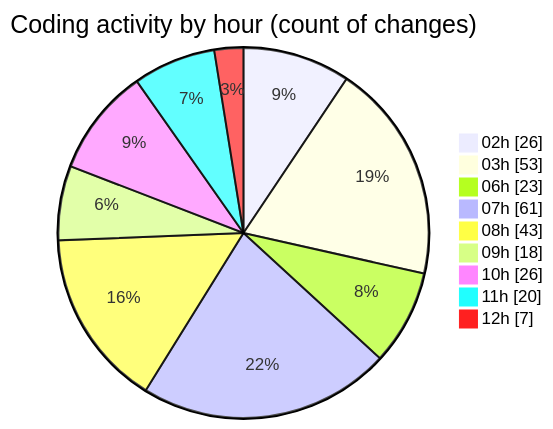
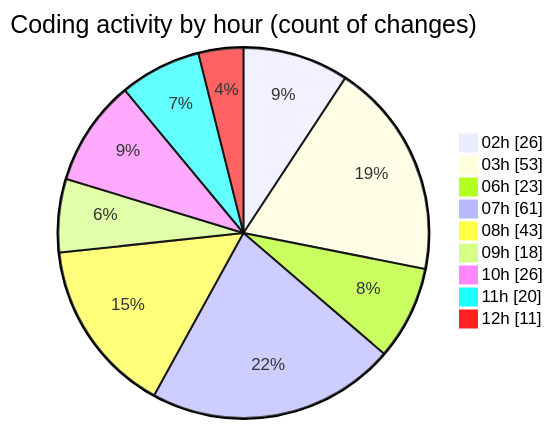
Before and after one commit to charlie-sans/code-tracking: the second of 2 diagrams in 2025-02-22/micros/README.md, drawn with Mermaid. The commit also changed other lines of this file and 1 other file, not shown here.

````diff
--- a/2025-02-22/micros/README.md
+++ b/2025-02-22/micros/README.md
@@ -78,13 +79,13 @@
 ```mermaid
 pie showData
 title Coding activity by hour (count of changes)
 "02h" : 26
 "03h" : 53
 "06h" : 23
 "07h" : 61
 "08h" : 43
 "09h" : 18
 "10h" : 26
 "11h" : 20
-"12h" : 7
+"12h" : 11
 ```
````
